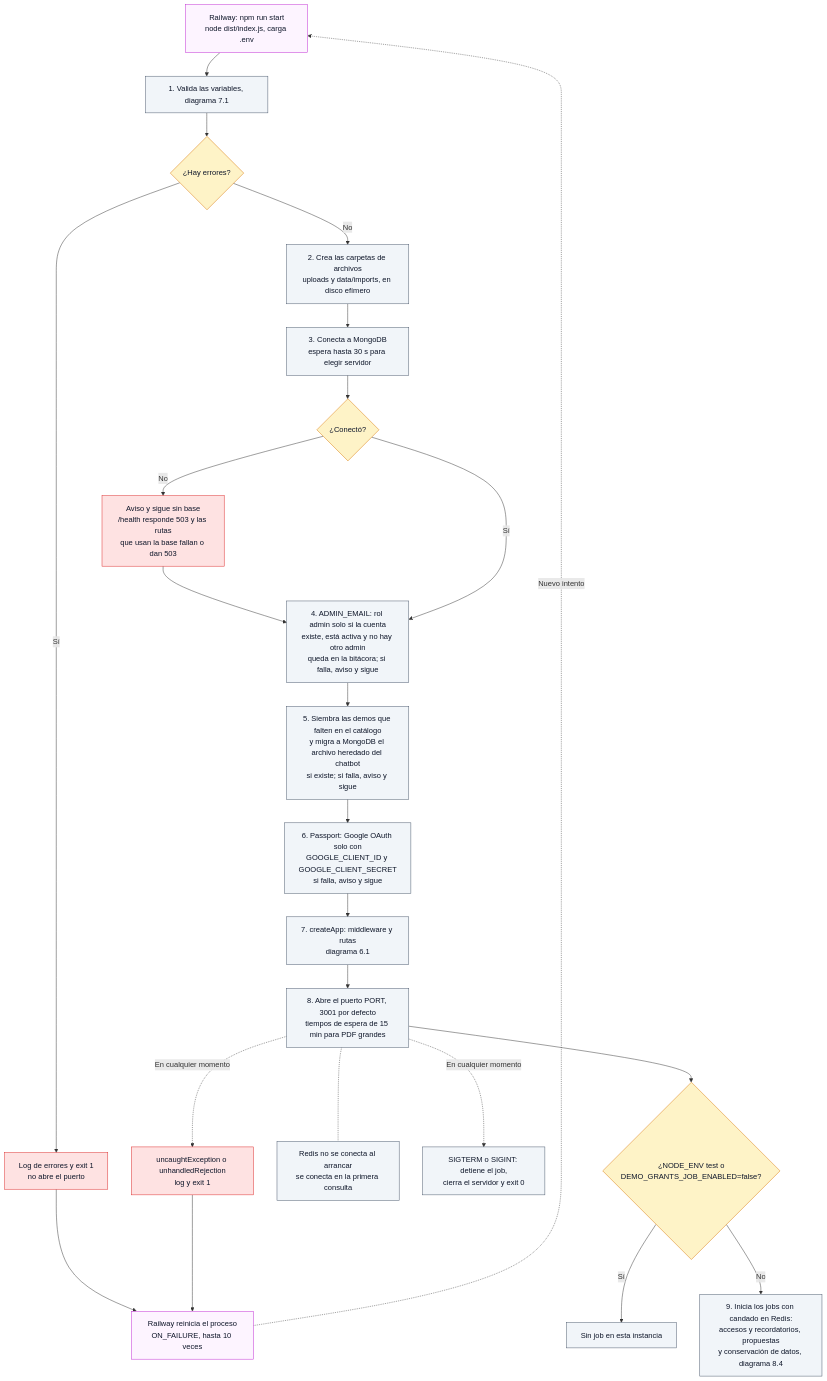
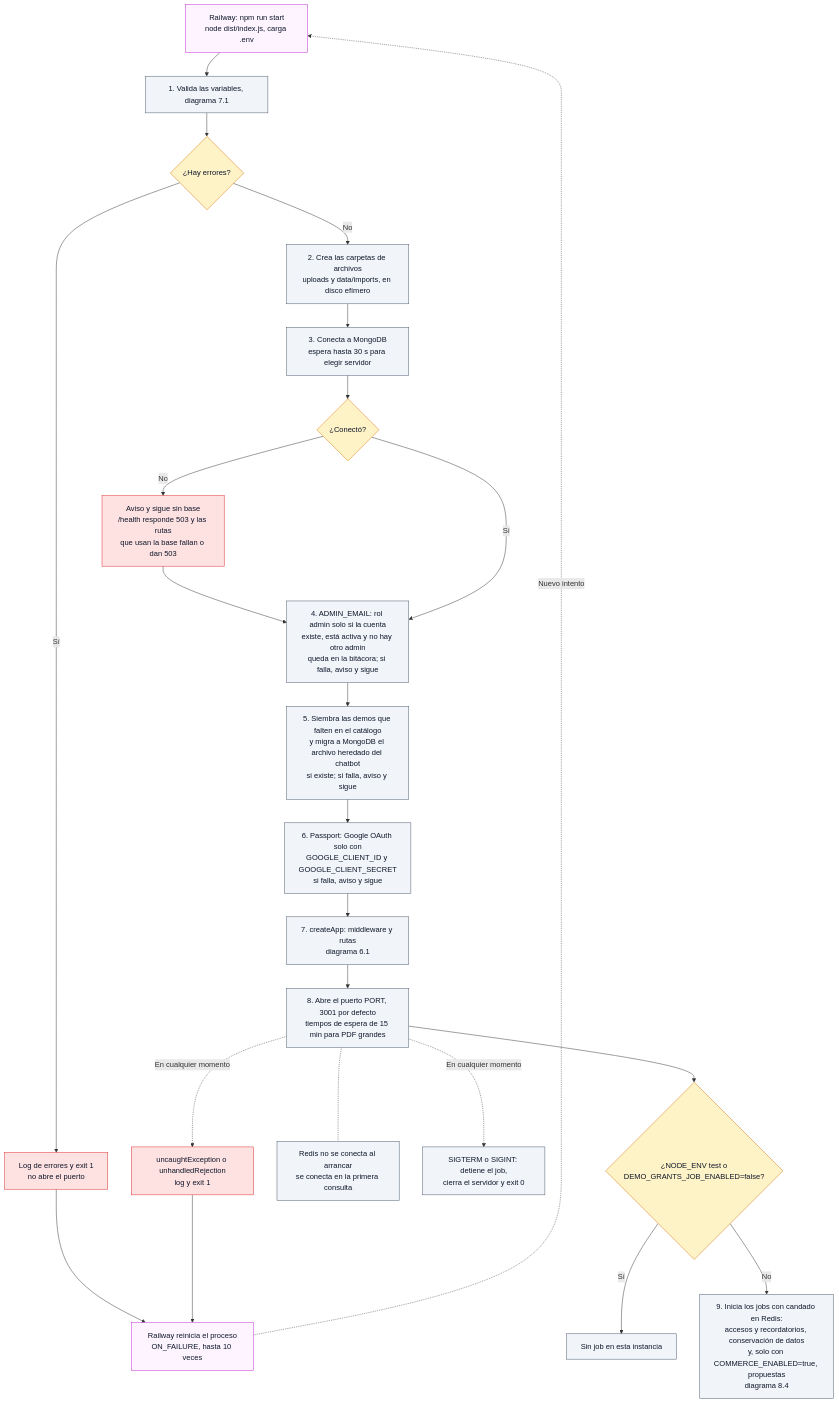
Before and after one commit to ronalc90/koptup: diagram 21 of 24 in docs/wiki/Doc-14-3-Flujos-Tecnicos.md, drawn with Mermaid. The commit also changed 26 other files, not shown here.

````diff
--- a/docs/wiki/Doc-14-3-Flujos-Tecnicos.md
+++ b/docs/wiki/Doc-14-3-Flujos-Tecnicos.md
@@ -1305,45 +1305,45 @@
 ```mermaid
 flowchart TD
     classDef visitante fill:#dbeafe,stroke:#2563eb,color:#0f172a
     classDef sistema fill:#f1f5f9,stroke:#475569,color:#0f172a
     classDef admin fill:#f3e8ff,stroke:#9333ea,color:#0f172a
     classDef aviso fill:#dcfce7,stroke:#16a34a,color:#0f172a
     classDef decision fill:#fef3c7,stroke:#d97706,color:#0f172a
     classDef error fill:#fee2e2,stroke:#dc2626,color:#0f172a
     classDef externo fill:#fdf4ff,stroke:#c026d3,color:#0f172a
 
     S["Railway: npm run start<br/>node dist/index.js, carga .env"]:::externo
     E["1. Valida las variables, diagrama 7.1"]:::sistema
     Q1{"¿Hay errores?"}:::decision
     X["Log de errores y exit 1<br/>no abre el puerto"]:::error
     RR["Railway reinicia el proceso<br/>ON_FAILURE, hasta 10 veces"]:::externo
     D["2. Crea las carpetas de archivos<br/>uploads y data/imports, en disco efímero"]:::sistema
     M["3. Conecta a MongoDB<br/>espera hasta 30 s para elegir servidor"]:::sistema
     Q2{"¿Conectó?"}:::decision
     MW["Aviso y sigue sin base<br/>/health responde 503 y las rutas<br/>que usan la base fallan o dan 503"]:::error
     A["4. ADMIN_EMAIL: rol admin solo si la cuenta<br/>existe, está activa y no hay otro admin<br/>queda en la bitácora; si falla, aviso y sigue"]:::sistema
     C["5. Siembra las demos que falten en el catálogo<br/>y migra a MongoDB el archivo heredado del chatbot<br/>si existe; si falla, aviso y sigue"]:::sistema
     P["6. Passport: Google OAuth solo con<br/>GOOGLE_CLIENT_ID y GOOGLE_CLIENT_SECRET<br/>si falla, aviso y sigue"]:::sistema
     AP["7. createApp: middleware y rutas<br/>diagrama 6.1"]:::sistema
     L["8. Abre el puerto PORT, 3001 por defecto<br/>tiempos de espera de 15 min para PDF grandes"]:::sistema
     J{"¿NODE_ENV test o<br/>DEMO_GRANTS_JOB_ENABLED=false?"}:::decision
-    J1["9. Inicia los jobs con candado en Redis:<br/>accesos y recordatorios, propuestas<br/>y conservación de datos, diagrama 8.4"]:::sistema
+    J1["9. Inicia los jobs con candado en Redis:<br/>accesos y recordatorios, conservación de datos<br/>y, solo con COMMERCE_ENABLED=true, propuestas<br/>diagrama 8.4"]:::sistema
     J0["Sin job en esta instancia"]:::sistema
     RD["Redis no se conecta al arrancar<br/>se conecta en la primera consulta"]:::sistema
     SG["SIGTERM o SIGINT: detiene el job,<br/>cierra el servidor y exit 0"]:::sistema
     CR["uncaughtException o unhandledRejection<br/>log y exit 1"]:::error
 
     S --> E --> Q1
     Q1 -->|Sí| X --> RR
     RR -.->|Nuevo intento| S
     Q1 -->|No| D --> M --> Q2
     Q2 -->|No| MW --> A
     Q2 -->|Sí| A
     A --> C --> P --> AP --> L --> J
     J -->|Sí| J0
     J -->|No| J1
     L -.- RD
     L -.->|En cualquier momento| SG
     L -.->|En cualquier momento| CR
     CR --> RR
 ```
````
